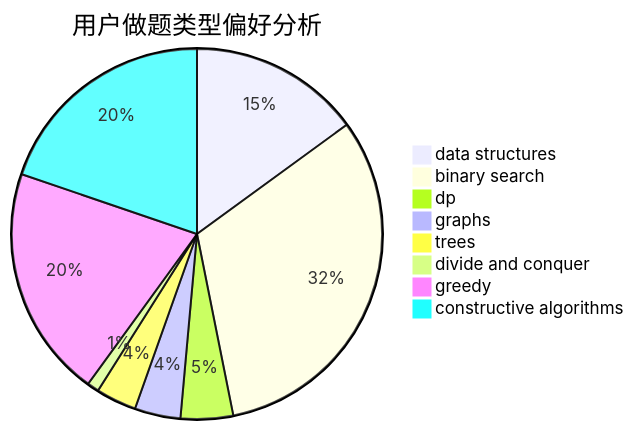
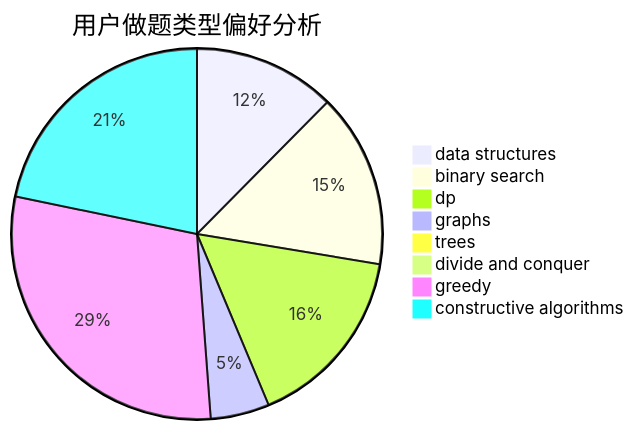
Before and after one commit to sherpahu/cfrs.github.io: the second of 3 diagrams in docs/user/u1514.md, drawn with Mermaid. The commit also changed other lines of this file and 2770 other files, not shown here.

````diff
--- a/docs/user/u1514.md
+++ b/docs/user/u1514.md
@@ -23,11 +23,11 @@
 ```mermaid
 pie title 用户做题类型偏好分析
-    "data structures" :  131
-    "binary search" :  279
-    "dp" :  40
-    "graphs" :  35
-    "trees" :  31
-    "divide and conquer" :  9
-    "greedy" :  177
-    "constructive algorithms" :  173
+    "data structures" :  404
+    "binary search" :  495
+    "dp" :  523
+    "graphs" :  167
+    "trees" :  32
+    "divide and conquer" :  16
+    "greedy" :  958
+    "constructive algorithms" :  708
 ```
````
